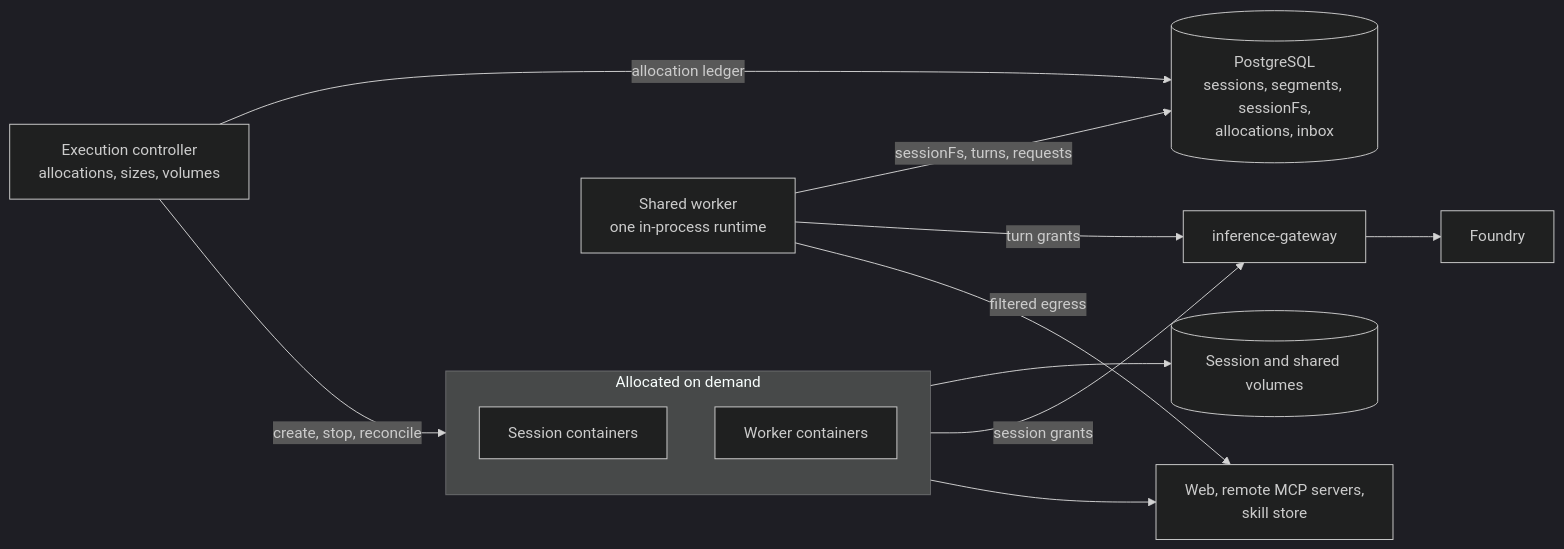
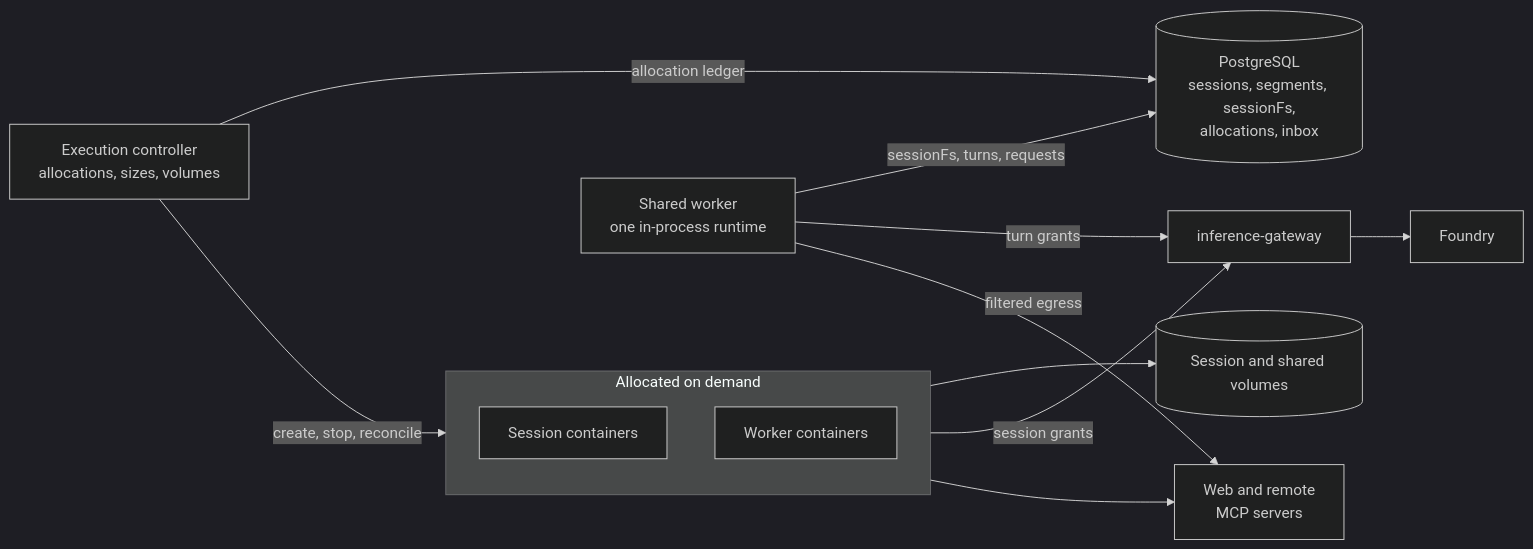
Before and after one commit to patniko/copilot-sdk-aspire: the second of 4 diagrams in docs/HOSTING-MODES-PLAN.md, drawn with Mermaid (dark theme). The commit also changed other lines of this file, not shown here.

````diff
--- a/docs/HOSTING-MODES-PLAN.md
+++ b/docs/HOSTING-MODES-PLAN.md
@@ -258,23 +277,23 @@
 ```mermaid
 flowchart LR
     Shared["Shared worker<br/>one in-process runtime"]
     Controller["Execution controller<br/>allocations, sizes, volumes"]
     subgraph Allocated["Allocated on demand"]
         Session["Session containers"]
         Workers["Worker containers"]
     end
     DB[("PostgreSQL<br/>sessions, segments, sessionFs,<br/>allocations, inbox")]
     Volumes[("Session and shared volumes")]
     Gateway["inference-gateway"]
     Foundry["Foundry"]
-    External["Web, remote MCP servers,<br/>skill store"]
+    External["Web and remote<br/>MCP servers"]
     Shared -->|"sessionFs, turns, requests"| DB
     Controller -->|"allocation ledger"| DB
     Controller -->|"create, stop, reconcile"| Allocated
     Allocated --> Volumes
     Shared -->|"turn grants"| Gateway
     Allocated -->|"session grants"| Gateway
     Gateway --> Foundry
     Shared -->|"filtered egress"| External
     Allocated --> External
 ```
````
